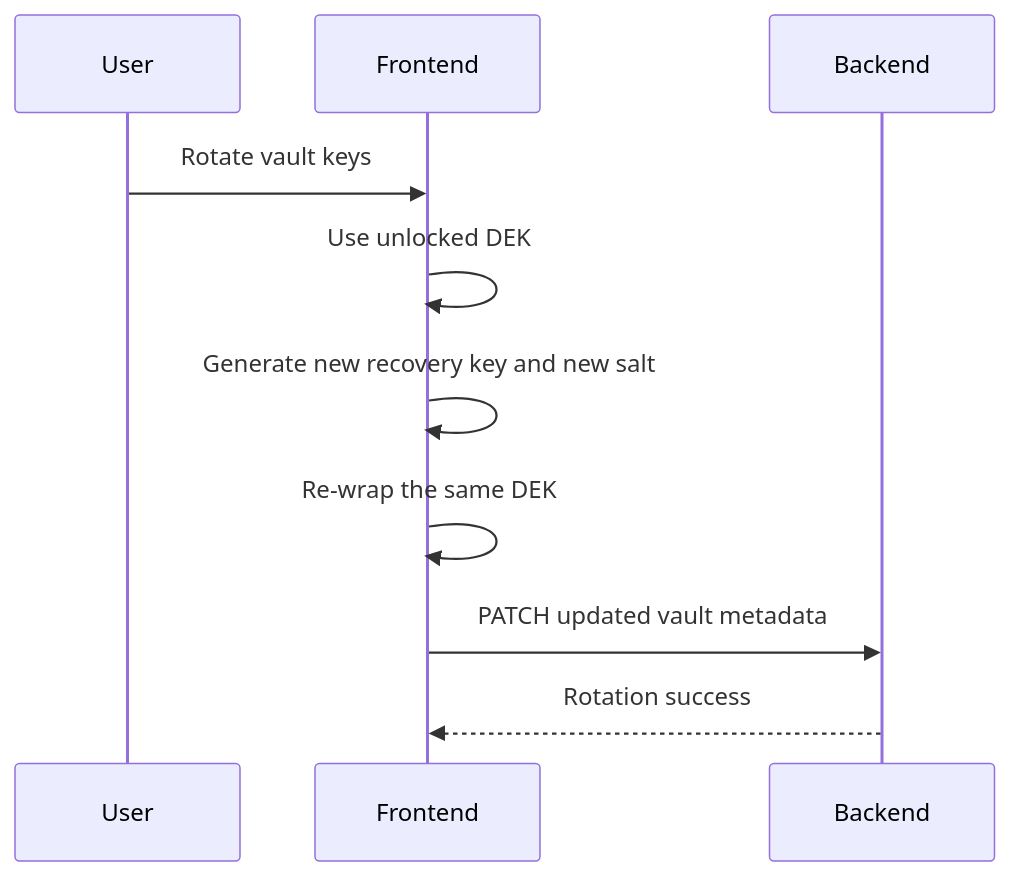
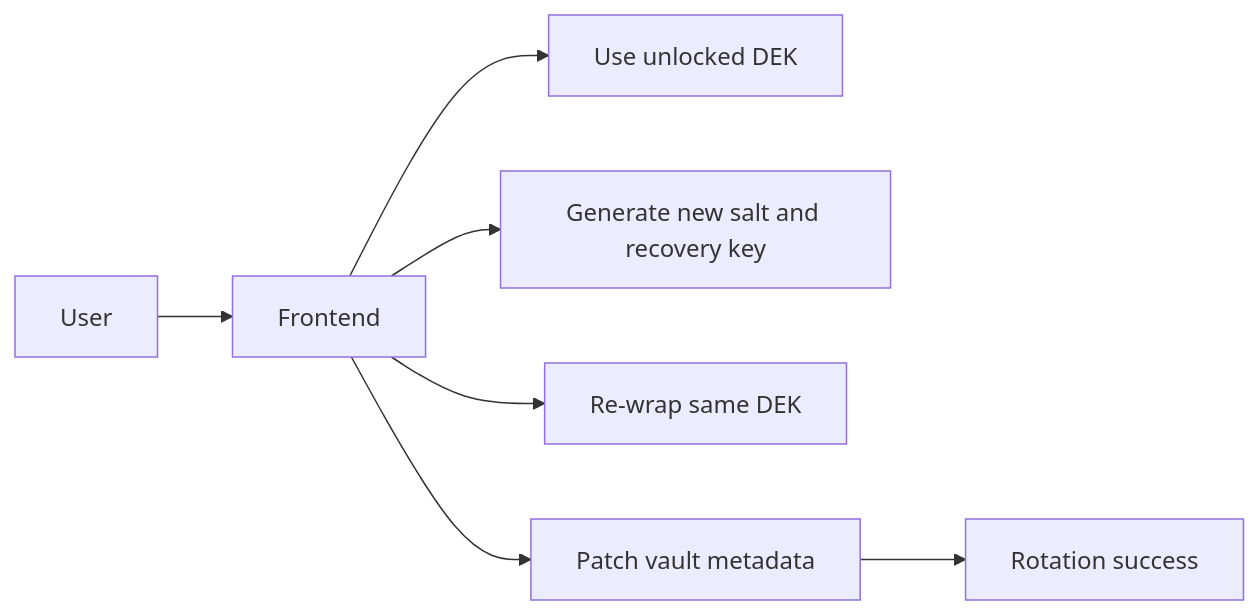
One commit to riddhijain1509/Keymate changed the fourth of 4 diagrams in docs/architecture.md. Above: the diagram before and after it, drawn with Mermaid. The commit also changed other lines of this file and 1 other file, not shown here.

````diff
--- a/docs/architecture.md
+++ b/docs/architecture.md
@@ -74,13 +66,9 @@
 ```mermaid
-sequenceDiagram
-  participant U as User
-  participant F as Frontend
-  participant B as Backend
-
-  U->>F: Rotate vault keys
-  F->>F: Use unlocked DEK
-  F->>F: Generate new recovery key and new salt
-  F->>F: Re-wrap the same DEK
-  F->>B: PATCH updated vault metadata
-  B-->>F: Rotation success
+graph LR
+  U[User] --> F[Frontend]
+  F --> D[Use unlocked DEK]
+  F --> N[Generate new salt and recovery key]
+  F --> W[Re-wrap same DEK]
+  F --> B[Patch vault metadata]
+  B --> S[Rotation success]
 ```
````
